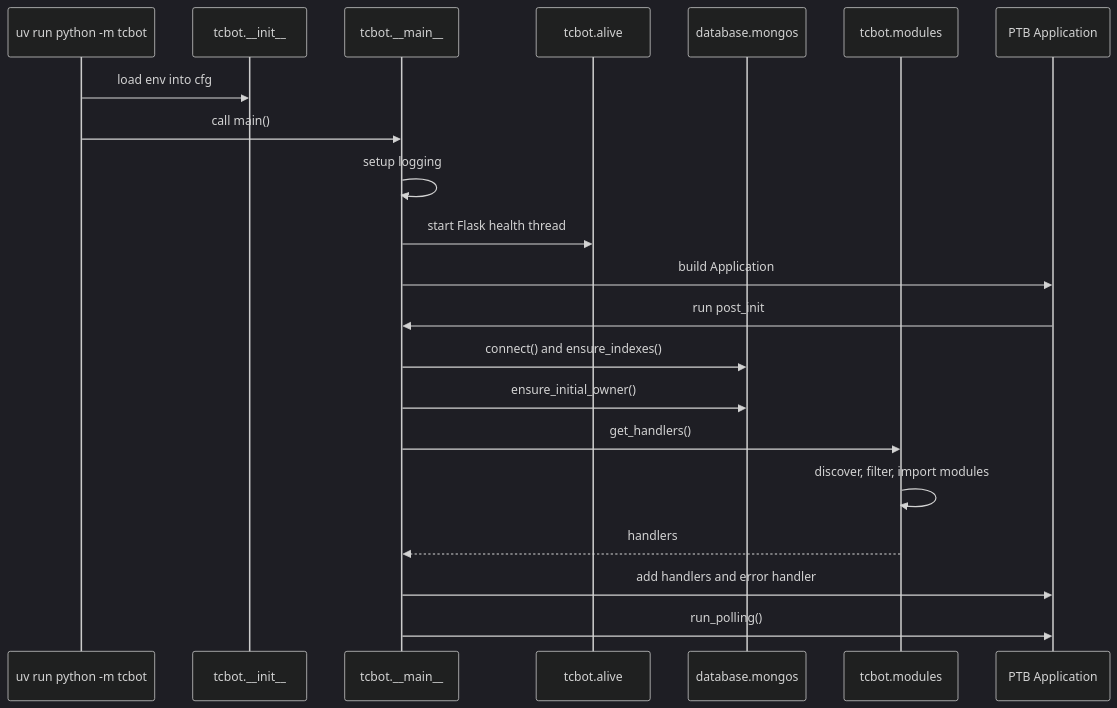
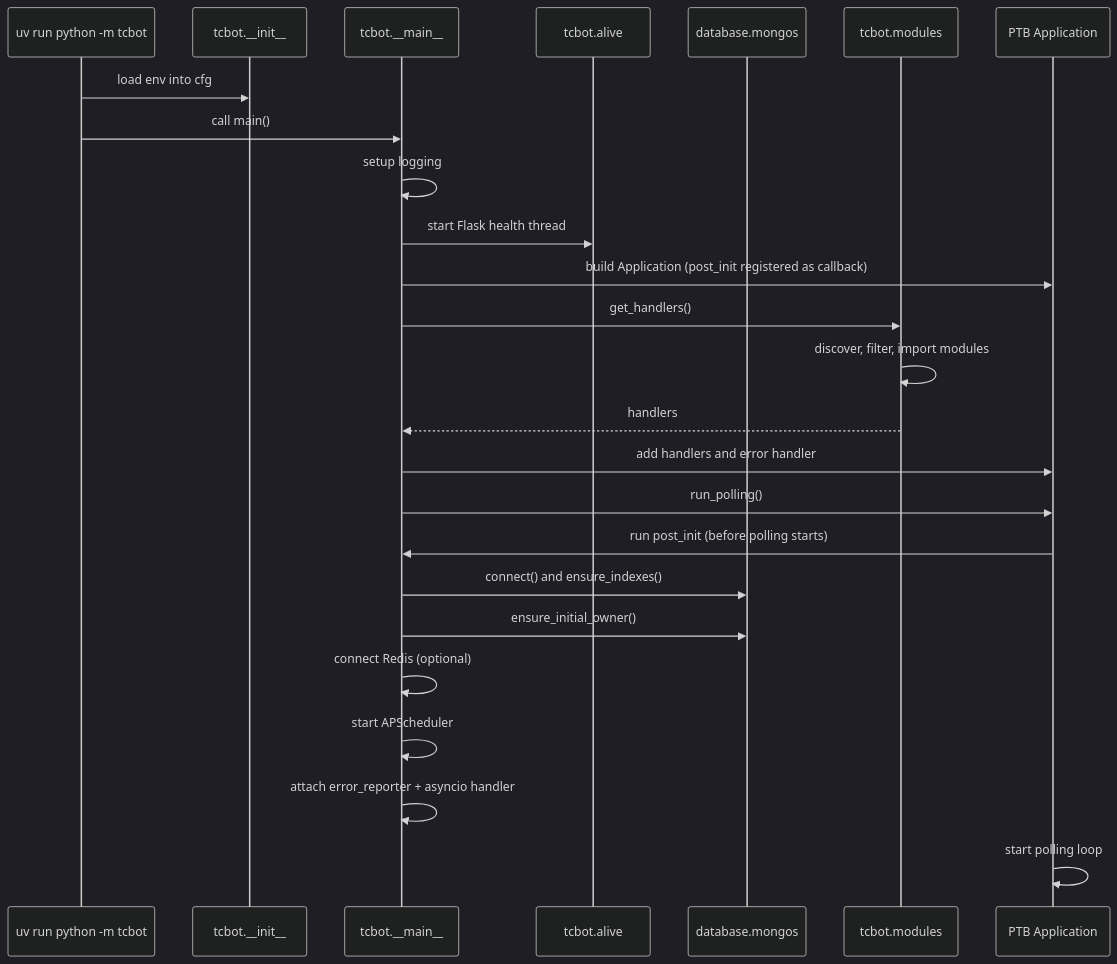
The second of 3 diagrams in docs/mapping.md (D1ZZY4/tcbot), drawn with Mermaid (dark theme) before and after one commit. The commit also changed 16 other files, not shown here.

````diff
--- a/docs/mapping.md
+++ b/docs/mapping.md
@@ -97,24 +97,28 @@
 ```mermaid
 sequenceDiagram
     participant Proc as uv run python -m tcbot
     participant Config as tcbot.__init__
     participant Main as tcbot.__main__
     participant Alive as tcbot.alive
     participant DB as database.mongos
     participant Mods as tcbot.modules
     participant PTB as PTB Application
 
     Proc->>Config: load env into cfg
     Proc->>Main: call main()
     Main->>Main: setup logging
     Main->>Alive: start Flask health thread
-    Main->>PTB: build Application
-    PTB->>Main: run post_init
-    Main->>DB: connect() and ensure_indexes()
-    Main->>DB: ensure_initial_owner()
+    Main->>PTB: build Application (post_init registered as callback)
     Main->>Mods: get_handlers()
     Mods->>Mods: discover, filter, import modules
     Mods-->>Main: handlers
     Main->>PTB: add handlers and error handler
     Main->>PTB: run_polling()
+    PTB->>Main: run post_init (before polling starts)
+    Main->>DB: connect() and ensure_indexes()
+    Main->>DB: ensure_initial_owner()
+    Main->>Main: connect Redis (optional)
+    Main->>Main: start APScheduler
+    Main->>Main: attach error_reporter + asyncio handler
+    PTB->>PTB: start polling loop
 ```
````
